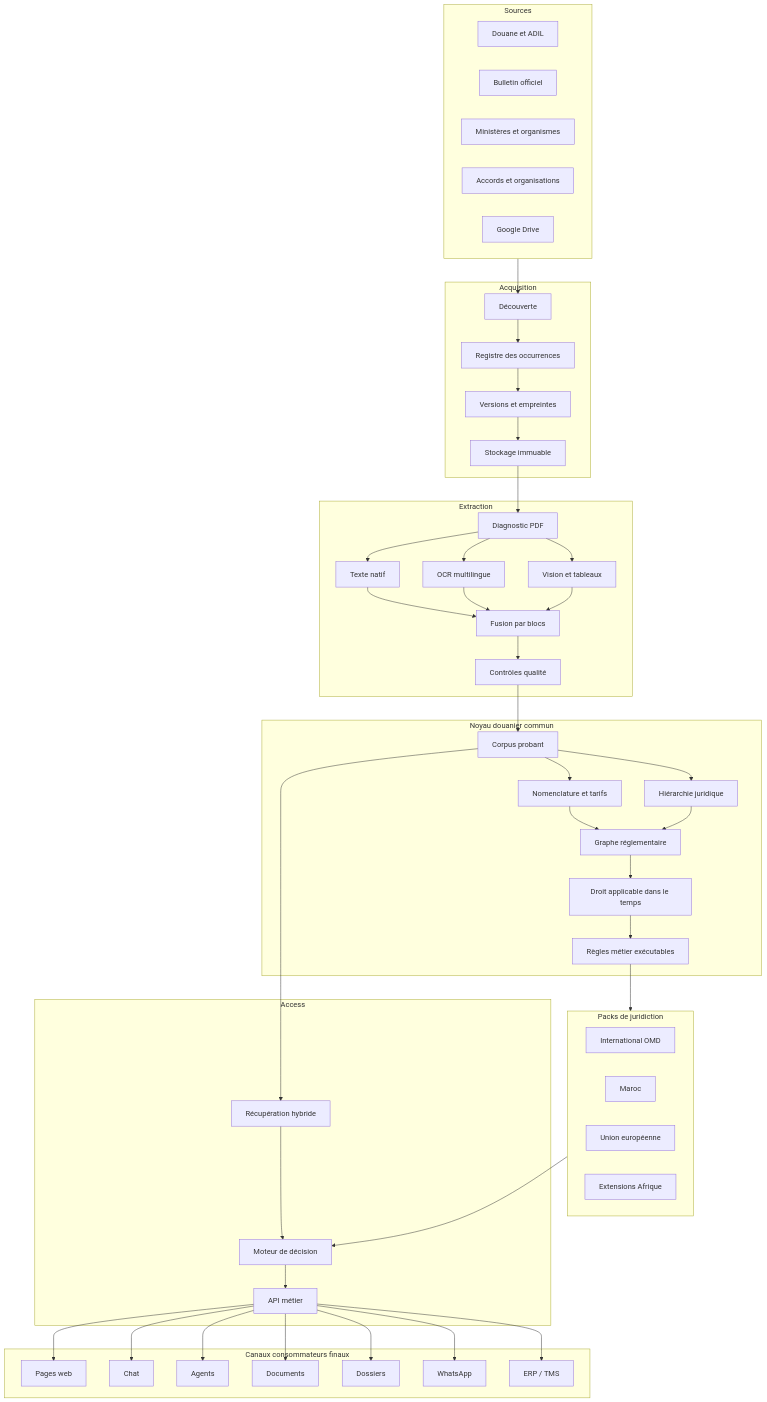
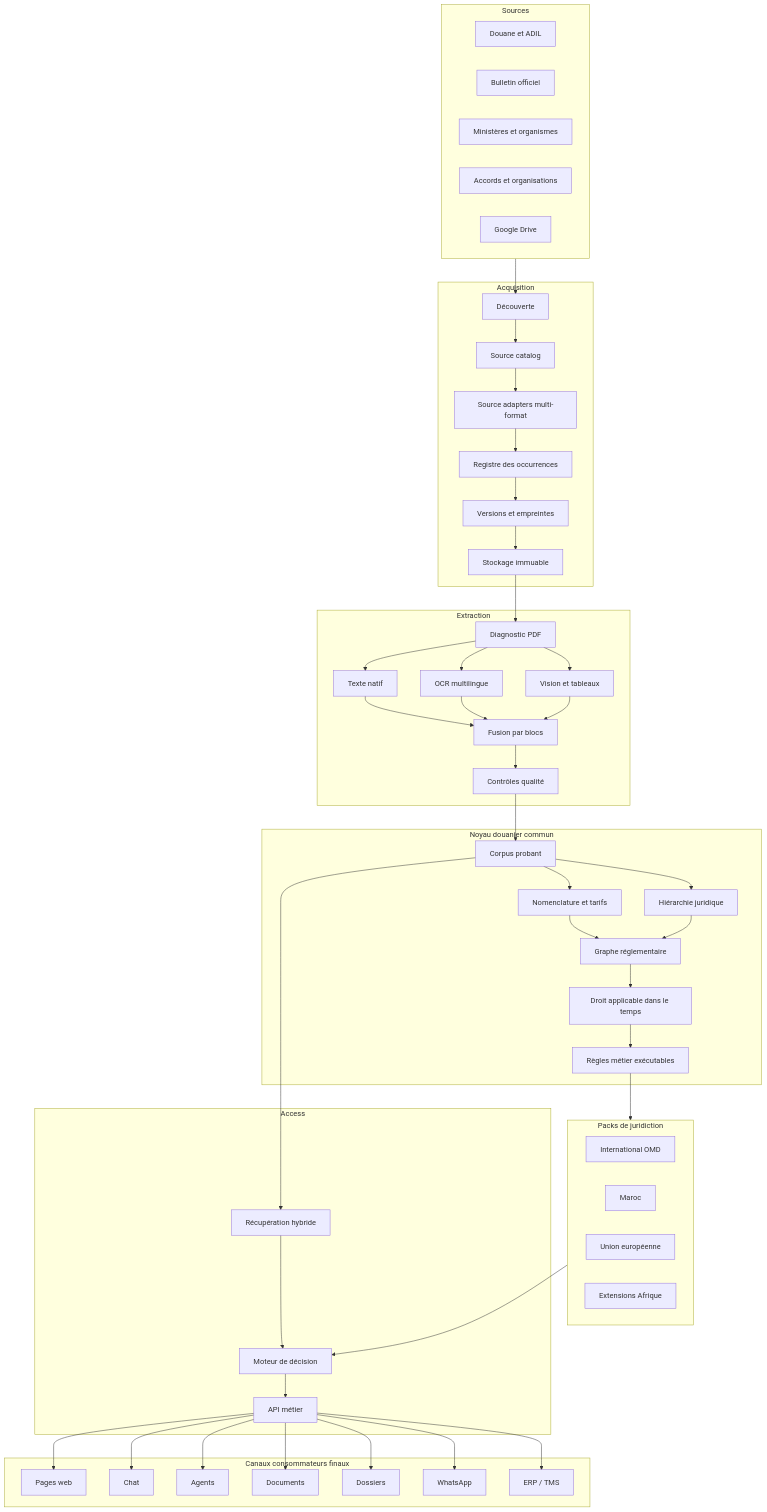
Before and after one commit to madjid90/customs-companion-ai: the diagram in docs/architecture/TARGET_ARCHITECTURE.md, drawn with Mermaid. The commit also changed other lines of this file and 9 other files, not shown here.

Commit message:
Align V1 backlog with generic brain architecture

````diff
--- a/docs/architecture/TARGET_ARCHITECTURE.md
+++ b/docs/architecture/TARGET_ARCHITECTURE.md
@@ -5,72 +5,74 @@
 ```mermaid
 flowchart TB
   subgraph Sources
     D[Douane et ADIL]
     BO[Bulletin officiel]
     M[Ministères et organismes]
     A[Accords et organisations]
     GD[Google Drive]
   end
   subgraph Acquisition
     DISC[Découverte]
+    SCAT[Source catalog]
+    ADAPT[Source adapters multi-format]
     REG[Registre des occurrences]
     VER[Versions et empreintes]
     RAW[Stockage immuable]
   end
   subgraph Extraction
     PDF[Diagnostic PDF]
     TXT[Texte natif]
     OCR[OCR multilingue]
     VIS[Vision et tableaux]
     MERGE[Fusion par blocs]
     QA[Contrôles qualité]
   end
   subgraph Brain["Noyau douanier commun"]
     EVI[Corpus probant]
     HS[Nomenclature et tarifs]
     LAW[Hiérarchie juridique]
     GRAPH[Graphe réglementaire]
     TIME[Droit applicable dans le temps]
     RULES[Règles métier exécutables]
   end
   subgraph Packs["Packs de juridiction"]
     INT[International OMD]
     MA[Maroc]
     EU[Union européenne]
     AF[Extensions Afrique]
   end
   subgraph Access
     API[API métier]
     RET[Récupération hybride]
     DEC[Moteur de décision]
   end
   subgraph Consumers["Canaux consommateurs finaux"]
     WEB[Pages web]
     CHAT[Chat]
     AGENT[Agents]
     DOC[Documents]
     CASE[Dossiers]
     WA[WhatsApp]
     ERP[ERP / TMS]
   end
-  Sources --> DISC --> REG --> VER --> RAW --> PDF
+  Sources --> DISC --> SCAT --> ADAPT --> REG --> VER --> RAW --> PDF
   PDF --> TXT --> MERGE
   PDF --> OCR --> MERGE
   PDF --> VIS --> MERGE
   MERGE --> QA --> EVI
   EVI --> HS
   EVI --> LAW
   HS --> GRAPH
   LAW --> GRAPH --> TIME --> RULES
   RULES --> Packs
   Packs --> DEC
   EVI --> RET --> DEC
   DEC --> API
   API --> WEB
   API --> CHAT
   API --> AGENT
   API --> DOC
   API --> CASE
   API --> WA
   API --> ERP
 ```
````
